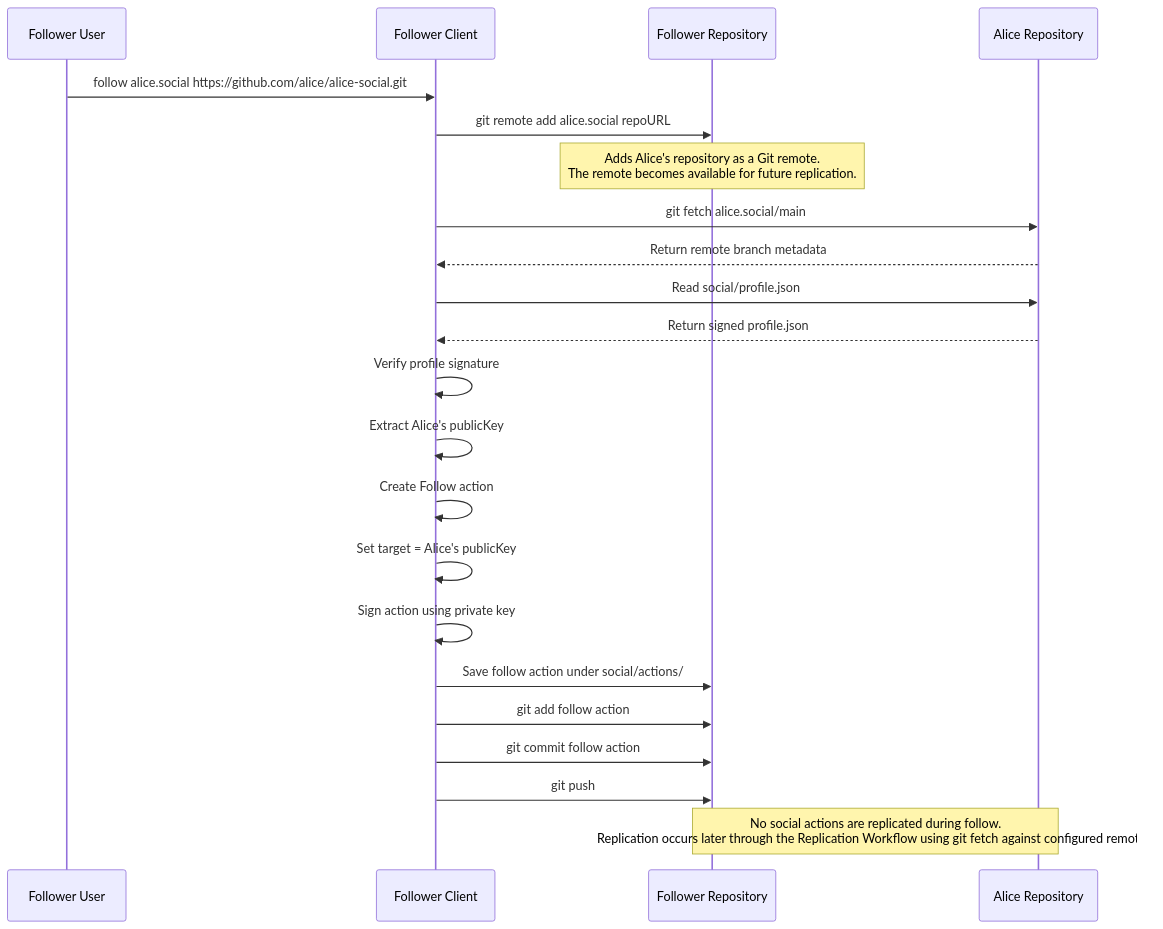
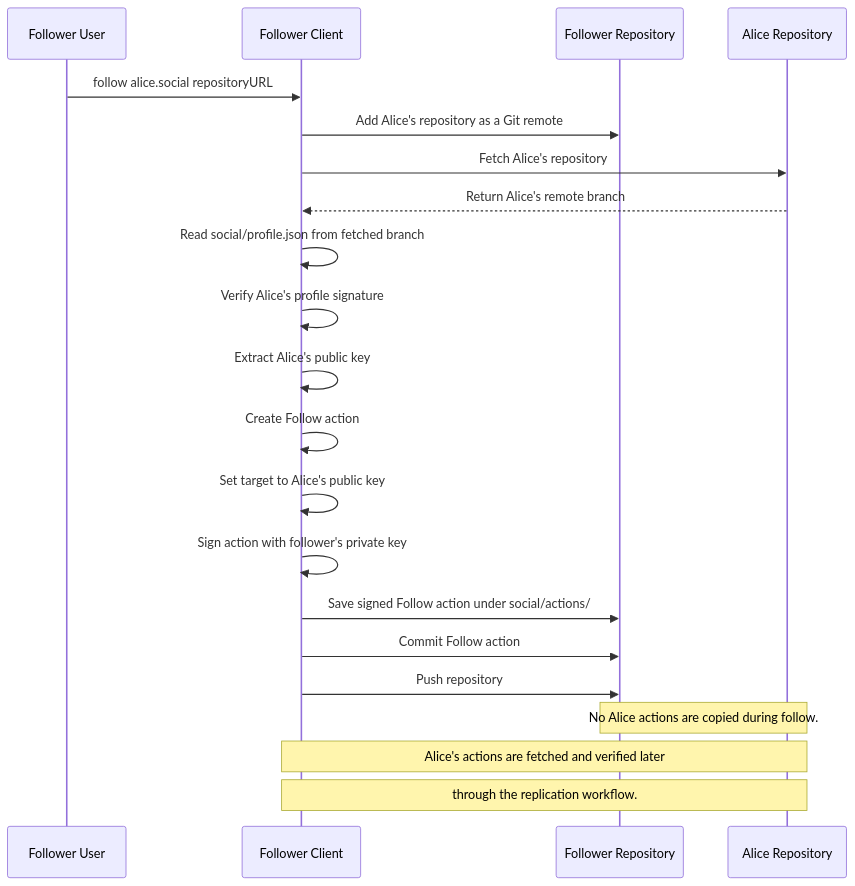
One commit to gargster/ELEC4712_Decentralised_Blog changed the fourth of 6 diagrams in latest_design.md. Above: the diagram before and after it, drawn with Mermaid. The commit also changed other lines of this file and 2 other files, not shown here.

Commit message:
updated diagrams

````diff
--- a/latest_design.md
+++ b/latest_design.md
@@ -98,33 +105,30 @@
 ```mermaid
 sequenceDiagram
     participant User as Follower User
     participant Client as Follower Client
     participant Repo as Follower Repository
     participant Alice as Alice Repository
 
-    User->>Client: follow alice.social https://github.com/alice/alice-social.git
+    User->>Client: follow alice.social repositoryURL
 
-    Client->>Repo: git remote add alice.social repoURL
+    Client->>Repo: Add Alice's repository as a Git remote
 
-    Note over Repo: Adds Alice's repository as a Git remote.<br/>The remote becomes available for future replication.
+    Client->>Alice: Fetch Alice's repository
+    Alice-->>Client: Return Alice's remote branch
 
-    Client->>Alice: git fetch alice.social/main
-    Alice-->>Client: Return remote branch metadata
-
-    Client->>Alice: Read social/profile.json
-    Alice-->>Client: Return signed profile.json
-
-    Client->>Client: Verify profile signature
-    Client->>Client: Extract Alice's publicKey
+    Client->>Client: Read social/profile.json from fetched branch
+    Client->>Client: Verify Alice's profile signature
+    Client->>Client: Extract Alice's public key
 
     Client->>Client: Create Follow action
-    Client->>Client: Set target = Alice's publicKey
-    Client->>Client: Sign action using private key
+    Client->>Client: Set target to Alice's public key
+    Client->>Client: Sign action with follower's private key
 
-    Client->>Repo: Save follow action under social/actions/
-    Client->>Repo: git add follow action
-    Client->>Repo: git commit follow action
-    Client->>Repo: git push
+    Client->>Repo: Save signed Follow action under social/actions/
+    Client->>Repo: Commit Follow action
+    Client->>Repo: Push repository
 
-    Note over Repo,Alice: No social actions are replicated during follow.<br/>Replication occurs later through the Replication Workflow using git fetch against configured remotes.
+    Note over Repo,Alice: No Alice actions are copied during follow.
+    Note over Client,Alice: Alice's actions are fetched and verified later
+    Note over Client,Alice: through the replication workflow.
 ```
````
